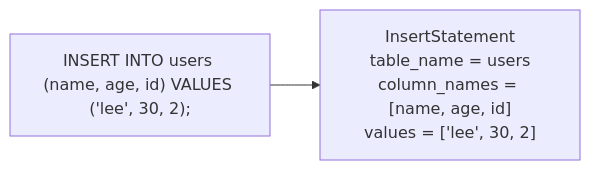
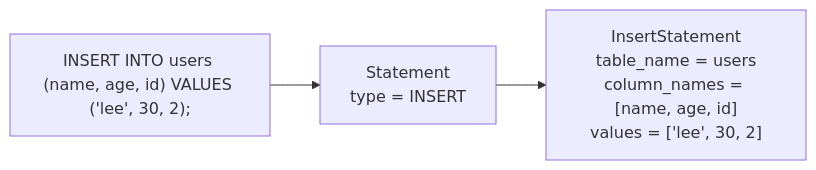
Before and after one commit to Jungle-12-303/week6-team5-sql: the sixth of 13 diagrams in README.md, drawn with Mermaid. The commit also changed other lines of this file and 1 other file, not shown here.

````diff
--- a/README.md
+++ b/README.md
@@ -76,4 +78,5 @@
 ```mermaid
 flowchart LR
-    A["INSERT INTO users (name, age, id) VALUES ('lee', 30, 2);"] --> B["InsertStatement<br/>table_name = users<br/>column_names = [name, age, id]<br/>values = ['lee', 30, 2]"]
+    A["INSERT INTO users (name, age, id) VALUES ('lee', 30, 2);"] --> B["Statement<br/>type = INSERT"]
+    B --> C["InsertStatement<br/>table_name = users<br/>column_names = [name, age, id]<br/>values = ['lee', 30, 2]"]
 ```
````
